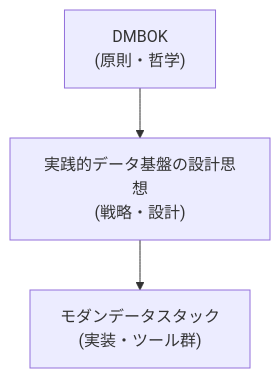
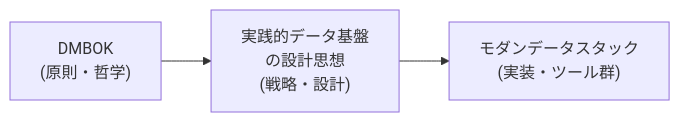
Before and after one commit to suwa-sh/zenn-contents: the first of 4 diagrams in articles/data_management_20250907.md, drawn with Mermaid. The commit also changed other lines of this file, not shown here.

````diff
--- a/articles/data_management_20250907.md
+++ b/articles/data_management_20250907.md
@@ -27,5 +27,5 @@
 ```mermaid
-graph TD;
-    A["DMBOK<br>(原則・哲学)"] --> B["実践的データ基盤の設計思想<br>(戦略・設計)"];
+graph LR
+    A["DMBOK<br>(原則・哲学)"] --> B["実践的データ基盤<br>の設計思想<br>(戦略・設計)"];
     B --> C["モダンデータスタック<br>(実装・ツール群)"];
 ```
````
